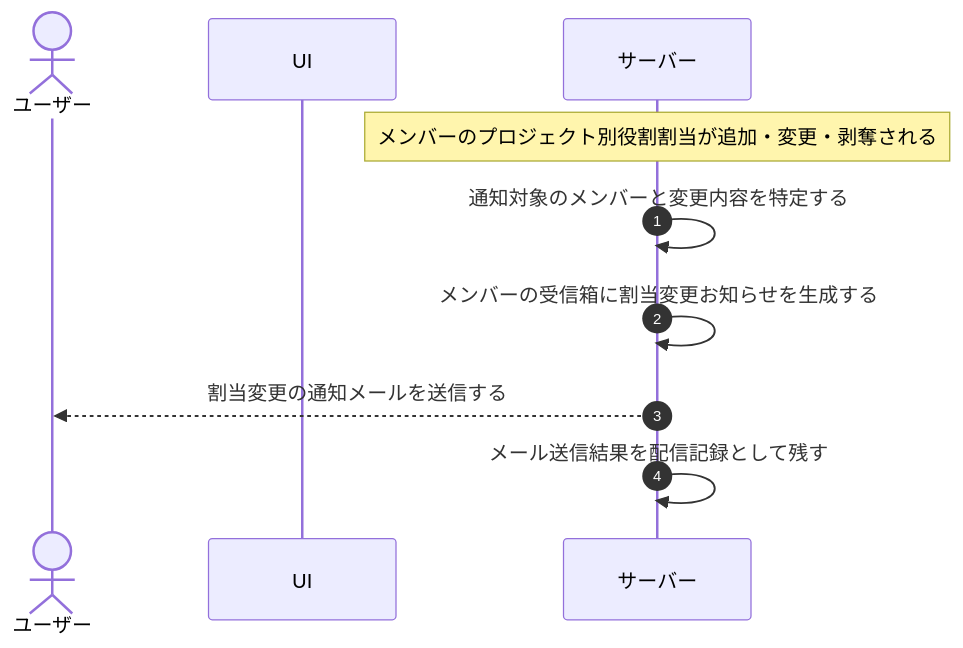
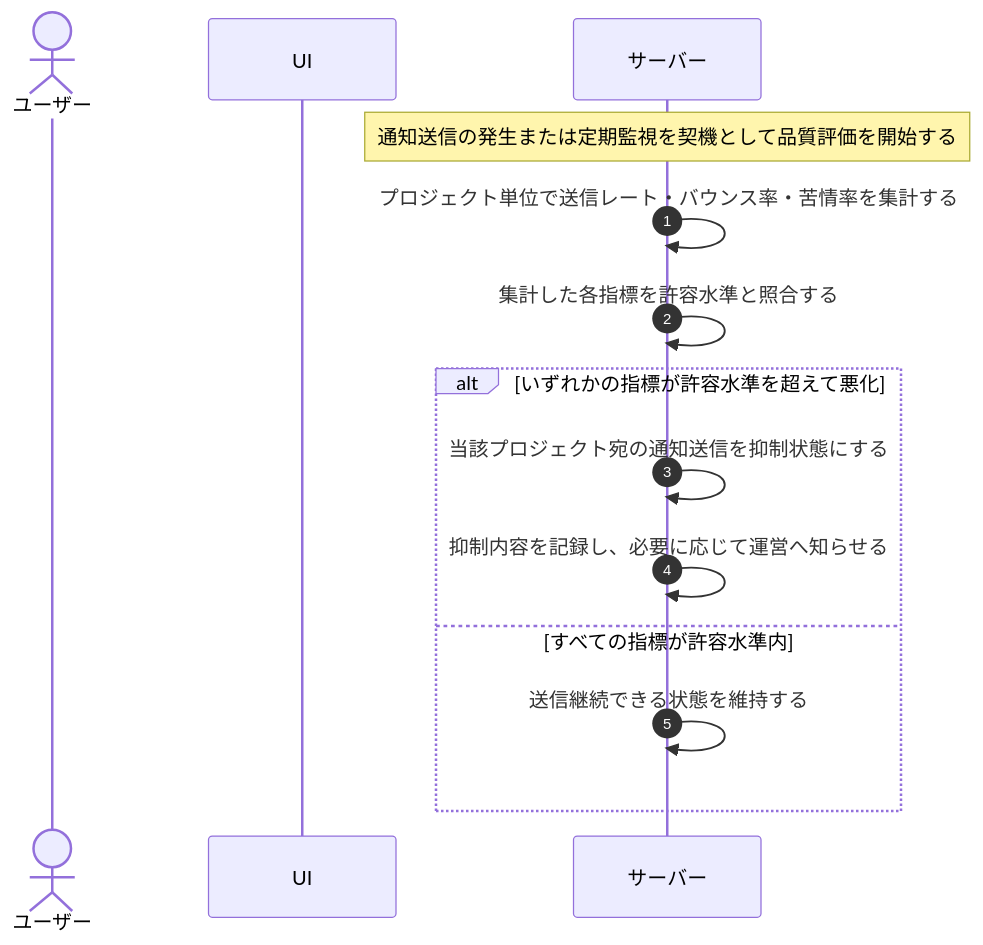
One commit to sikakou54/open-faq changed the diagram in 01_requirements/04_business_usecases/UC-065.md. Above: the diagram before and after it, drawn with Mermaid. The commit also changed other lines of this file and 395 other files, not shown here.

````diff
--- a/01_requirements/04_business_usecases/UC-065.md
+++ b/01_requirements/04_business_usecases/UC-065.md
@@ -27,13 +27,17 @@
 ```mermaid
 sequenceDiagram
   autonumber
   actor U as ユーザー
   participant UI as UI
   participant S as サーバー
 
-  Note over S: メンバーのプロジェクト別役割割当が追加・変更・剥奪される
-  S->>S: 通知対象のメンバーと変更内容を特定する
-  S->>S: メンバーの受信箱に割当変更お知らせを生成する
-  S-->>U: 割当変更の通知メールを送信する
-  S->>S: メール送信結果を配信記録として残す
+  Note over S: 通知送信の発生または定期監視を契機として品質評価を開始する
+  S->>S: プロジェクト単位で送信レート・バウンス率・苦情率を集計する
+  S->>S: 集計した各指標を許容水準と照合する
+  alt いずれかの指標が許容水準を超えて悪化
+    S->>S: 当該プロジェクト宛の通知送信を抑制状態にする
+    S->>S: 抑制内容を記録し、必要に応じて運営へ知らせる
+  else すべての指標が許容水準内
+    S->>S: 送信継続できる状態を維持する
+  end
 ```
````
